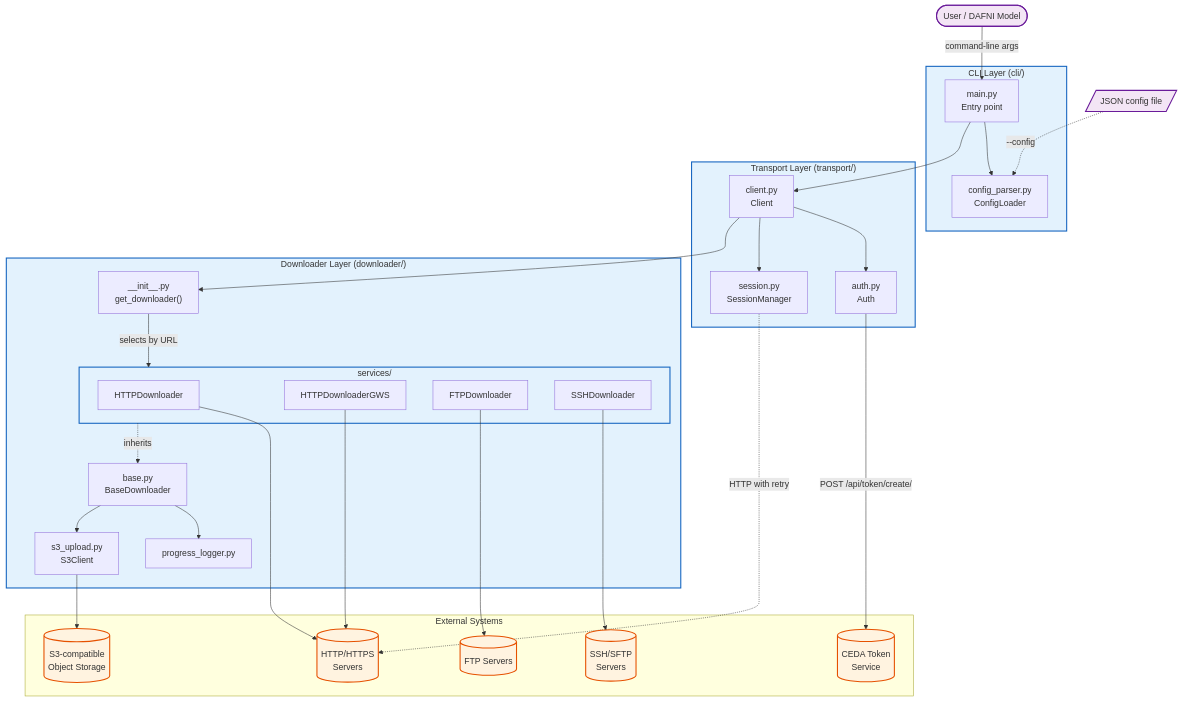
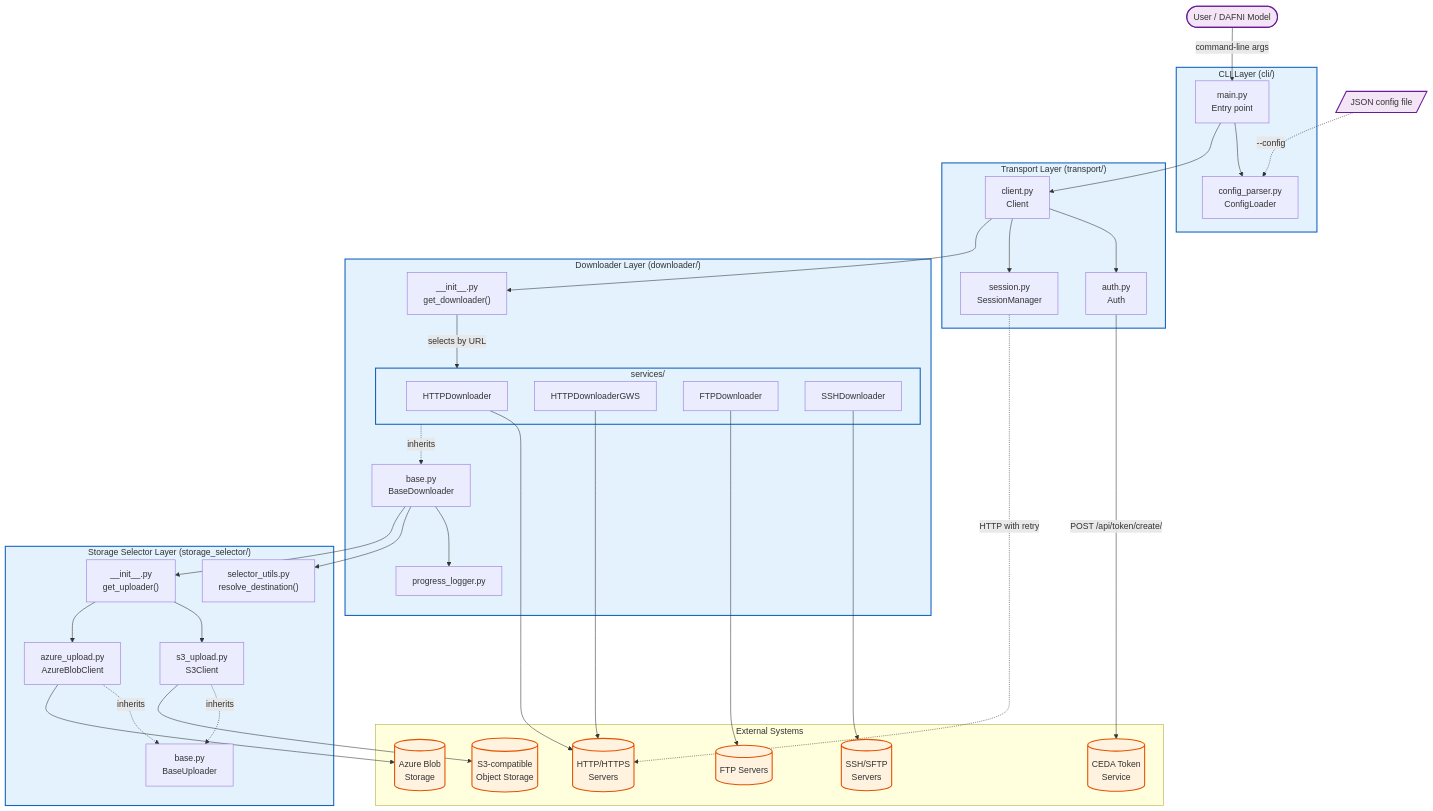
The first of 2 diagrams in docs/developer-guide/architecture.md (dafnifacility/dafni-data-bridge), drawn with Mermaid before and after one commit. The commit also changed other lines of this file and 6 other files, not shown here.

````diff
--- a/docs/developer-guide/architecture.md
+++ b/docs/developer-guide/architecture.md
@@ -48,7 +50,14 @@
         end
 
         Progress["progress_logger.py"]
+    end
+
+    subgraph StorageSelector["Storage Selector Layer (storage_selector/)"]
+        UpFactory["__init__.py<br/>get_uploader()"]
+        BaseUp["base.py<br/>BaseUploader"]
         S3Up["s3_upload.py<br/>S3Client"]
+        AzUp["azure_upload.py<br/>AzureBlobClient"]
+        SelUtils["selector_utils.py<br/>resolve_destination()"]
     end
 
     subgraph External["External Systems"]
@@ -57,6 +66,7 @@
         FTPSrv[("FTP Servers")]
         SSHSrv[("SSH/SFTP<br/>Servers")]
         S3[("S3-compatible<br/>Object Storage")]
+        AzBlob[("Azure Blob<br/>Storage")]
     end
 
     User -->|command-line args| Main
@@ -79,13 +89,19 @@
     SSH --> SSHSrv
 
     Base --> Progress
-    Base --> S3Up
+    Base --> SelUtils
+    Base --> UpFactory
+    UpFactory --> S3Up
+    UpFactory --> AzUp
+    S3Up -.->|inherits| BaseUp
+    AzUp -.->|inherits| BaseUp
     S3Up --> S3
+    AzUp --> AzBlob
 
     classDef layer fill:#e3f2fd,stroke:#1565c0,stroke-width:2px
     classDef external fill:#fff3e0,stroke:#e65100,stroke-width:2px
     classDef actor fill:#f3e5f5,stroke:#6a1b9a,stroke-width:2px
-    class CLI,Transport,Downloader,Services layer
-    class CEDA,HTTPSrv,FTPSrv,SSHSrv,S3 external
+    class CLI,Transport,Downloader,Services,StorageSelector layer
+    class CEDA,HTTPSrv,FTPSrv,SSHSrv,S3,AzBlob external
     class User,ConfigFile actor
 ```
````
